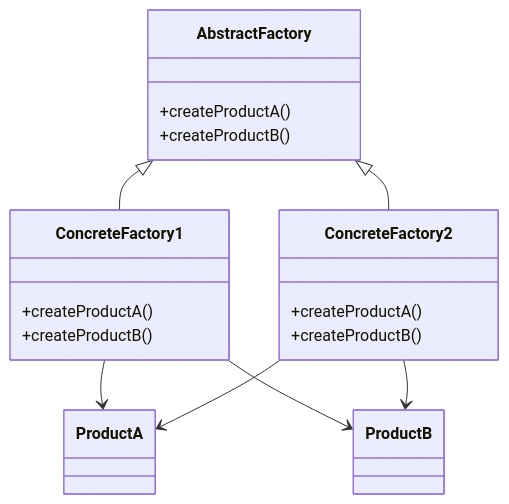
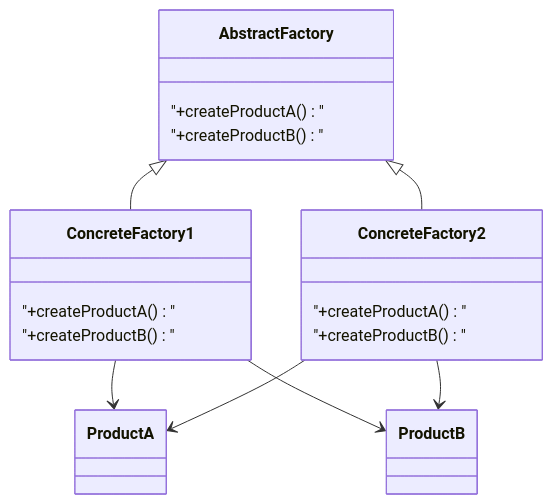
One commit to 42jerrykim/42jerrykim.github.io changed the fifth of 8 diagrams in content/post/2024/2024-08-21-factory-method/index.md. Above: the diagram before and after it, drawn with Mermaid. The commit also changed other lines of this file and 239 other files, not shown here.

````diff
--- a/content/post/2024/2024-08-21-factory-method/index.md
+++ b/content/post/2024/2024-08-21-factory-method/index.md
@@ -777,24 +806,24 @@
 ```mermaid
 classDiagram
     class AbstractFactory {
-        +createProductA()
-        +createProductB()
+        "+createProductA()"
+        "+createProductB()"
     }
     class ConcreteFactory1 {
-        +createProductA()
-        +createProductB()
+        "+createProductA()"
+        "+createProductB()"
     }
     class ConcreteFactory2 {
-        +createProductA()
-        +createProductB()
+        "+createProductA()"
+        "+createProductB()"
     }
     class ProductA
     class ProductB
 
     AbstractFactory <|-- ConcreteFactory1
     AbstractFactory <|-- ConcreteFactory2
     ConcreteFactory1 --> ProductA
     ConcreteFactory1 --> ProductB
     ConcreteFactory2 --> ProductA
     ConcreteFactory2 --> ProductB
 ```
````
